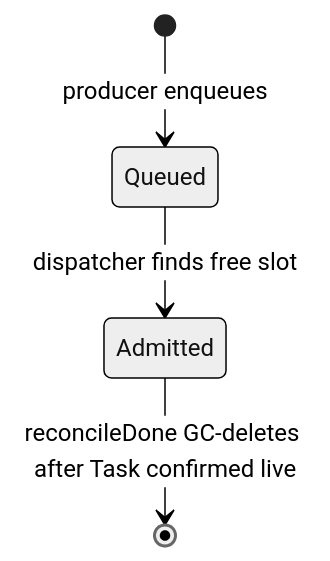
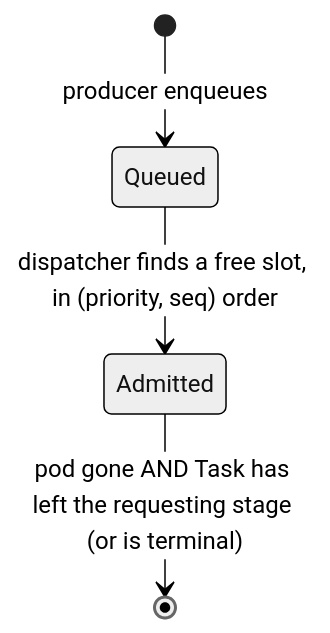
Before and after one commit to szymonrychu/tatara-documentation: the second of 2 diagrams in docs/reference/index.md, drawn with Mermaid (neutral theme). The commit also changed other lines of this file and 63 other files, not shown here.

First line of the commit message:
feat!: document the task-centric architecture (Issue/MergeRequest CRs, stage machine, operator merge) (#19)

````diff
--- a/docs/reference/index.md
+++ b/docs/reference/index.md
@@ -229,6 +168,6 @@
 ```mermaid
 stateDiagram-v2
     [*] --> Queued: producer enqueues
-    Queued --> Admitted: dispatcher finds free slot
-    Admitted --> [*]: reconcileDone GC-deletes after Task confirmed live
+    Queued --> Admitted: dispatcher finds a free slot, in (priority, seq) order
+    Admitted --> [*]: pod gone AND Task has left the requesting stage (or is terminal)
 ```
````
